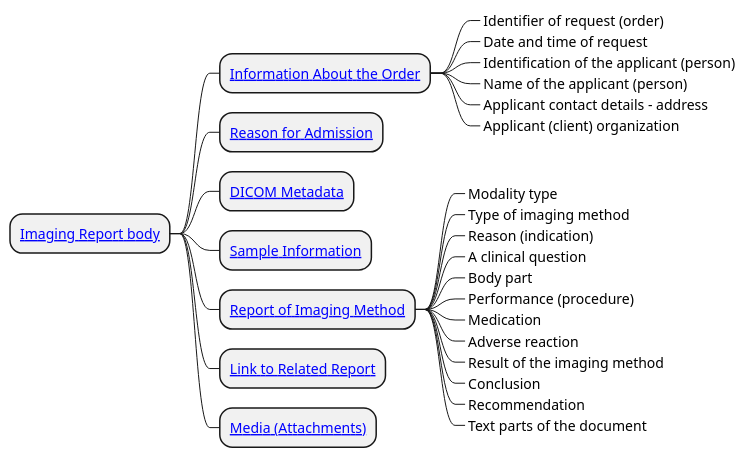
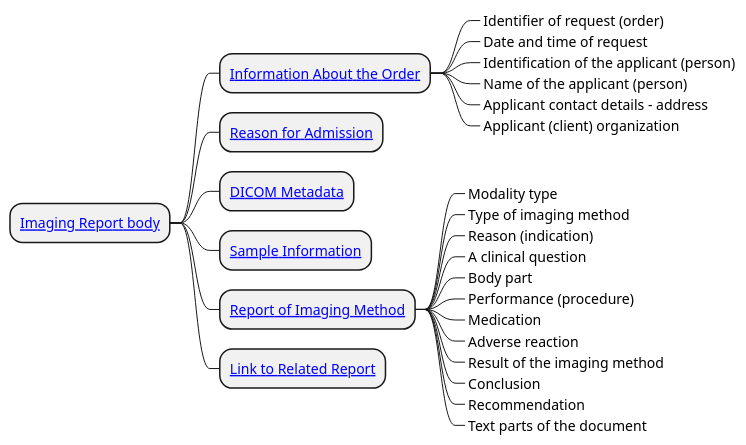
Before and after one commit to HL7-cz/img: the diagram in input/images-source/imgReportBody_CIM.plantuml, drawn with PlantUML. The commit also changed 9 other files, not shown here.

```diff
--- a/input/images-source/imgReportBody_CIM.plantuml
+++ b/input/images-source/imgReportBody_CIM.plantuml
@@ -1,70 +1,70 @@
 @startmindmap
 skinparam topurl StructureDefinition-
 
 * [[BodyImagingReportCz.html Imaging Report body]]
 ** [[InformationAboutOrder.html Information About the Order]]
 ***_ Identifier of request (order)
 ***_ Date and time of request
 ***_ Identification of the applicant (person)
 ***_ Name of the applicant (person)
 ***_ Applicant contact details - address
 ***_ Applicant (client) organization
 ** [[ReasonForAdmision.html Reason for Admission]]
 ** [[DICOMMetadata.html DICOM Metadata]]
 ** [[SpecimenInformation.html Sample Information]]
 ** [[ReportOfImagingMethod.html Report of Imaging Method]]
 ***_ Modality type
 ***_ Type of imaging method
 ***_ Reason (indication)
 ***_ A clinical question
 ***_ Body part
 ***_ Performance (procedure)
 ***_ Medication
 ***_ Adverse reaction
 ***_ Result of the imaging method
 ***_ Conclusion
 ***_ Recommendation
 ***_ Text parts of the document
 ** [[LinkToRelatedReport.html Link to Related Report]]
-** [[Attachments.html Media (Attachments)]]
+'** [[Attachments.html Media (Attachments)]]
 
 /'***_ Order placer
 ***_ Order reason text
 ***_ Order reason
 ***_ Clinical question
 ***_ Supporting information
 ****_ Observation
 ****_ Condition
 ****_ Medication Administration
 ****_ Devices
 ****_ Pregnancy status
 ****_ Gestational age
 ****_ Sex for clinical use
 ****_ Other supporting information
 ** Specimen
 ** Service request
 ** Exposure information
 ***_ Effective dose
 ***_ Equivalent dose information
 ****_ Equivalent dose
 ****_ Tissue type
 ** Examination Report
 ***_ Modality
 ***_ Body part
 ****_ Body location
 ****_ Laterality
 ***_ Imaging procedures
 ***_ Medication
 ***_ Adverse reaction
 ***_ Result data
 ****_ Result text
 ****_ Observation results
 ***_ Conclusion
 ****_ Impression
 ****_ Condition or finding
 ** Recommendation
 ***_ Description
 ***_ Care plan
 ** Comparison Study
 '/
 @endmindmap
```
